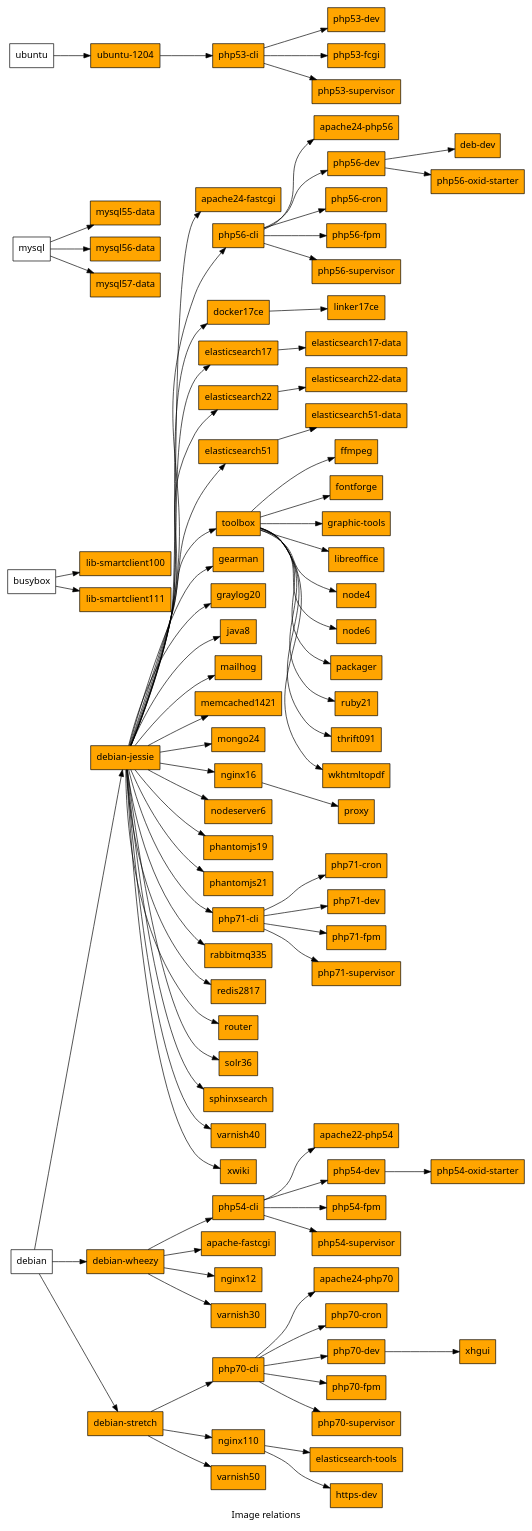
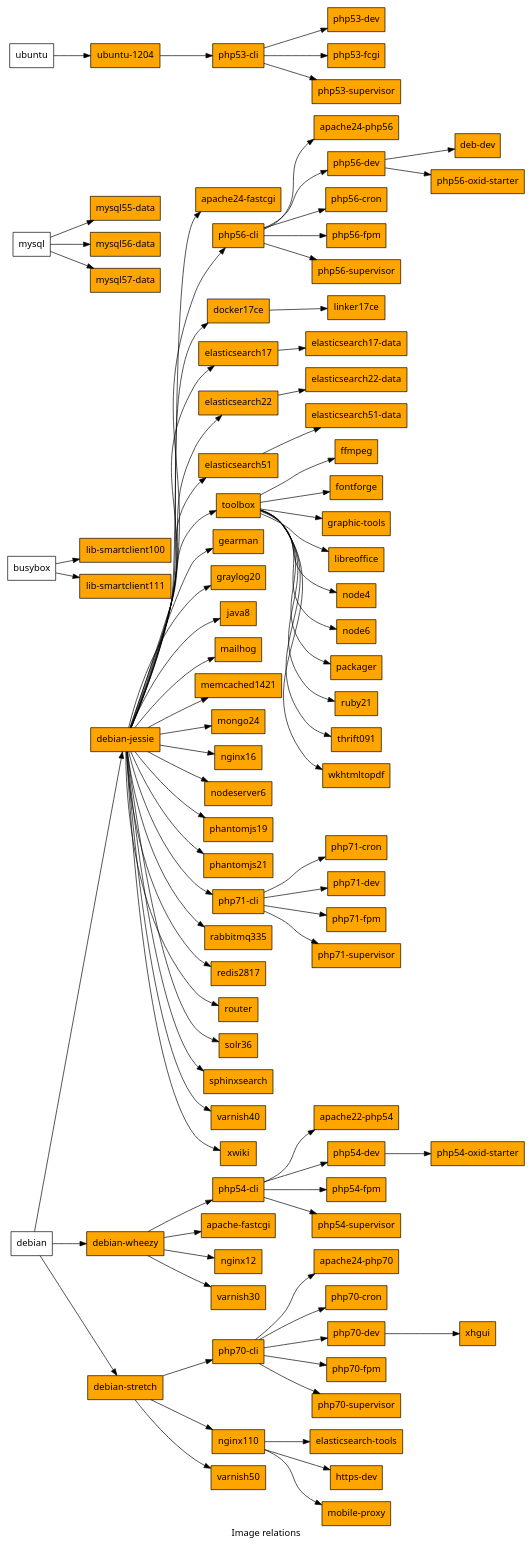
Before and after one commit to nfq-technologies/docker-images: the diagram in _docs/media/image_relations.gv, drawn with Graphviz. The commit also changed 1 other file, not shown here.

```diff
--- a/_docs/media/image_relations.gv
+++ b/_docs/media/image_relations.gv
@@ -1,176 +1,176 @@
 
 digraph G {
     label="Image relations";
     graph [fontname=sans];
     node [style=filled shape=box fontname=sans fillcolor=white];
     rankdir="LR";
 	
     "nfqlt/apache22-php54" [fillcolor=orange label="apache22-php54"];
     "nfqlt/php54-cli"->"nfqlt/apache22-php54";
     "nfqlt/apache24-fastcgi" [fillcolor=orange label="apache24-fastcgi"];
     "nfqlt/debian-jessie"->"nfqlt/apache24-fastcgi";
     "nfqlt/apache24-php56" [fillcolor=orange label="apache24-php56"];
     "nfqlt/php56-cli"->"nfqlt/apache24-php56";
     "nfqlt/apache24-php70" [fillcolor=orange label="apache24-php70"];
     "nfqlt/php70-cli"->"nfqlt/apache24-php70";
     "nfqlt/apache-fastcgi" [fillcolor=orange label="apache-fastcgi"];
     "nfqlt/debian-wheezy"->"nfqlt/apache-fastcgi";
     "nfqlt/deb-dev" [fillcolor=orange label="deb-dev"];
     "nfqlt/php56-dev"->"nfqlt/deb-dev";
     "nfqlt/debian-jessie" [fillcolor=orange label="debian-jessie"];
     "debian"->"nfqlt/debian-jessie";
     "nfqlt/debian-stretch" [fillcolor=orange label="debian-stretch"];
     "debian"->"nfqlt/debian-stretch";
     "nfqlt/debian-wheezy" [fillcolor=orange label="debian-wheezy"];
     "debian"->"nfqlt/debian-wheezy";
     "nfqlt/docker17ce" [fillcolor=orange label="docker17ce"];
     "nfqlt/debian-jessie"->"nfqlt/docker17ce";
     "nfqlt/elasticsearch17-data" [fillcolor=orange label="elasticsearch17-data"];
     "nfqlt/elasticsearch17"->"nfqlt/elasticsearch17-data";
     "nfqlt/elasticsearch17" [fillcolor=orange label="elasticsearch17"];
     "nfqlt/debian-jessie"->"nfqlt/elasticsearch17";
     "nfqlt/elasticsearch22-data" [fillcolor=orange label="elasticsearch22-data"];
     "nfqlt/elasticsearch22"->"nfqlt/elasticsearch22-data";
     "nfqlt/elasticsearch22" [fillcolor=orange label="elasticsearch22"];
     "nfqlt/debian-jessie"->"nfqlt/elasticsearch22";
     "nfqlt/elasticsearch51-data" [fillcolor=orange label="elasticsearch51-data"];
     "nfqlt/elasticsearch51"->"nfqlt/elasticsearch51-data";
     "nfqlt/elasticsearch51" [fillcolor=orange label="elasticsearch51"];
     "nfqlt/debian-jessie"->"nfqlt/elasticsearch51";
     "nfqlt/elasticsearch-tools" [fillcolor=orange label="elasticsearch-tools"];
     "nfqlt/nginx110"->"nfqlt/elasticsearch-tools";
     "nfqlt/ffmpeg" [fillcolor=orange label="ffmpeg"];
     "nfqlt/toolbox"->"nfqlt/ffmpeg";
     "nfqlt/fontforge" [fillcolor=orange label="fontforge"];
     "nfqlt/toolbox"->"nfqlt/fontforge";
     "nfqlt/gearman" [fillcolor=orange label="gearman"];
     "nfqlt/debian-jessie"->"nfqlt/gearman";
     "nfqlt/graphic-tools" [fillcolor=orange label="graphic-tools"];
     "nfqlt/toolbox"->"nfqlt/graphic-tools";
     "nfqlt/graylog20" [fillcolor=orange label="graylog20"];
     "nfqlt/debian-jessie"->"nfqlt/graylog20";
     "nfqlt/https-dev" [fillcolor=orange label="https-dev"];
     "nfqlt/nginx110"->"nfqlt/https-dev";
     "nfqlt/java8" [fillcolor=orange label="java8"];
     "nfqlt/debian-jessie"->"nfqlt/java8";
     "nfqlt/libreoffice" [fillcolor=orange label="libreoffice"];
     "nfqlt/toolbox"->"nfqlt/libreoffice";
     "nfqlt/lib-smartclient100" [fillcolor=orange label="lib-smartclient100"];
     "busybox"->"nfqlt/lib-smartclient100";
     "nfqlt/lib-smartclient111" [fillcolor=orange label="lib-smartclient111"];
     "busybox"->"nfqlt/lib-smartclient111";
     "nfqlt/linker17ce" [fillcolor=orange label="linker17ce"];
     "nfqlt/docker17ce"->"nfqlt/linker17ce";
     "nfqlt/mailhog" [fillcolor=orange label="mailhog"];
     "nfqlt/debian-jessie"->"nfqlt/mailhog";
     "nfqlt/memcached1421" [fillcolor=orange label="memcached1421"];
     "nfqlt/debian-jessie"->"nfqlt/memcached1421";
+    "nfqlt/mobile-proxy" [fillcolor=orange label="mobile-proxy"];
+    "nfqlt/nginx110"->"nfqlt/mobile-proxy";
     "nfqlt/mongo24" [fillcolor=orange label="mongo24"];
     "nfqlt/debian-jessie"->"nfqlt/mongo24";
     "nfqlt/mysql55-data" [fillcolor=orange label="mysql55-data"];
     "mysql"->"nfqlt/mysql55-data";
     "nfqlt/mysql56-data" [fillcolor=orange label="mysql56-data"];
     "mysql"->"nfqlt/mysql56-data";
     "nfqlt/mysql57-data" [fillcolor=orange label="mysql57-data"];
     "mysql"->"nfqlt/mysql57-data";
     "nfqlt/nginx110" [fillcolor=orange label="nginx110"];
     "nfqlt/debian-stretch"->"nfqlt/nginx110";
     "nfqlt/nginx12" [fillcolor=orange label="nginx12"];
     "nfqlt/debian-wheezy"->"nfqlt/nginx12";
     "nfqlt/nginx16" [fillcolor=orange label="nginx16"];
     "nfqlt/debian-jessie"->"nfqlt/nginx16";
     "nfqlt/node4" [fillcolor=orange label="node4"];
     "nfqlt/toolbox"->"nfqlt/node4";
     "nfqlt/node6" [fillcolor=orange label="node6"];
     "nfqlt/toolbox"->"nfqlt/node6";
     "nfqlt/nodeserver6" [fillcolor=orange label="nodeserver6"];
     "nfqlt/debian-jessie"->"nfqlt/nodeserver6";
     "nfqlt/packager" [fillcolor=orange label="packager"];
     "nfqlt/toolbox"->"nfqlt/packager";
     "nfqlt/phantomjs19" [fillcolor=orange label="phantomjs19"];
     "nfqlt/debian-jessie"->"nfqlt/phantomjs19";
     "nfqlt/phantomjs21" [fillcolor=orange label="phantomjs21"];
     "nfqlt/debian-jessie"->"nfqlt/phantomjs21";
     "nfqlt/php53-cli" [fillcolor=orange label="php53-cli"];
     "nfqlt/ubuntu-1204"->"nfqlt/php53-cli";
     "nfqlt/php53-dev" [fillcolor=orange label="php53-dev"];
     "nfqlt/php53-cli"->"nfqlt/php53-dev";
     "nfqlt/php53-fcgi" [fillcolor=orange label="php53-fcgi"];
     "nfqlt/php53-cli"->"nfqlt/php53-fcgi";
     "nfqlt/php53-supervisor" [fillcolor=orange label="php53-supervisor"];
     "nfqlt/php53-cli"->"nfqlt/php53-supervisor";
     "nfqlt/php54-cli" [fillcolor=orange label="php54-cli"];
     "nfqlt/debian-wheezy"->"nfqlt/php54-cli";
     "nfqlt/php54-dev" [fillcolor=orange label="php54-dev"];
     "nfqlt/php54-cli"->"nfqlt/php54-dev";
     "nfqlt/php54-fpm" [fillcolor=orange label="php54-fpm"];
     "nfqlt/php54-cli"->"nfqlt/php54-fpm";
     "nfqlt/php54-oxid-starter" [fillcolor=orange label="php54-oxid-starter"];
     "nfqlt/php54-dev"->"nfqlt/php54-oxid-starter";
     "nfqlt/php54-supervisor" [fillcolor=orange label="php54-supervisor"];
     "nfqlt/php54-cli"->"nfqlt/php54-supervisor";
     "nfqlt/php56-cli" [fillcolor=orange label="php56-cli"];
     "nfqlt/debian-jessie"->"nfqlt/php56-cli";
     "nfqlt/php56-cron" [fillcolor=orange label="php56-cron"];
     "nfqlt/php56-cli"->"nfqlt/php56-cron";
     "nfqlt/php56-dev" [fillcolor=orange label="php56-dev"];
     "nfqlt/php56-cli"->"nfqlt/php56-dev";
     "nfqlt/php56-fpm" [fillcolor=orange label="php56-fpm"];
     "nfqlt/php56-cli"->"nfqlt/php56-fpm";
     "nfqlt/php56-oxid-starter" [fillcolor=orange label="php56-oxid-starter"];
     "nfqlt/php56-dev"->"nfqlt/php56-oxid-starter";
     "nfqlt/php56-supervisor" [fillcolor=orange label="php56-supervisor"];
     "nfqlt/php56-cli"->"nfqlt/php56-supervisor";
     "nfqlt/php70-cli" [fillcolor=orange label="php70-cli"];
     "nfqlt/debian-stretch"->"nfqlt/php70-cli";
     "nfqlt/php70-cron" [fillcolor=orange label="php70-cron"];
     "nfqlt/php70-cli"->"nfqlt/php70-cron";
     "nfqlt/php70-dev" [fillcolor=orange label="php70-dev"];
     "nfqlt/php70-cli"->"nfqlt/php70-dev";
     "nfqlt/php70-fpm" [fillcolor=orange label="php70-fpm"];
     "nfqlt/php70-cli"->"nfqlt/php70-fpm";
     "nfqlt/php70-supervisor" [fillcolor=orange label="php70-supervisor"];
     "nfqlt/php70-cli"->"nfqlt/php70-supervisor";
     "nfqlt/php71-cli" [fillcolor=orange label="php71-cli"];
     "nfqlt/debian-jessie"->"nfqlt/php71-cli";
     "nfqlt/php71-cron" [fillcolor=orange label="php71-cron"];
     "nfqlt/php71-cli"->"nfqlt/php71-cron";
     "nfqlt/php71-dev" [fillcolor=orange label="php71-dev"];
     "nfqlt/php71-cli"->"nfqlt/php71-dev";
     "nfqlt/php71-fpm" [fillcolor=orange label="php71-fpm"];
     "nfqlt/php71-cli"->"nfqlt/php71-fpm";
     "nfqlt/php71-supervisor" [fillcolor=orange label="php71-supervisor"];
     "nfqlt/php71-cli"->"nfqlt/php71-supervisor";
-    "nfqlt/proxy" [fillcolor=orange label="proxy"];
-    "nfqlt/nginx16"->"nfqlt/proxy";
     "nfqlt/rabbitmq335" [fillcolor=orange label="rabbitmq335"];
     "nfqlt/debian-jessie"->"nfqlt/rabbitmq335";
     "nfqlt/redis2817" [fillcolor=orange label="redis2817"];
     "nfqlt/debian-jessie"->"nfqlt/redis2817";
     "nfqlt/router" [fillcolor=orange label="router"];
     "nfqlt/debian-jessie"->"nfqlt/router";
     "nfqlt/ruby21" [fillcolor=orange label="ruby21"];
     "nfqlt/toolbox"->"nfqlt/ruby21";
     "nfqlt/solr36" [fillcolor=orange label="solr36"];
     "nfqlt/debian-jessie"->"nfqlt/solr36";
     "nfqlt/sphinxsearch" [fillcolor=orange label="sphinxsearch"];
     "nfqlt/debian-jessie"->"nfqlt/sphinxsearch";
     "nfqlt/thrift091" [fillcolor=orange label="thrift091"];
     "nfqlt/toolbox"->"nfqlt/thrift091";
     "nfqlt/toolbox" [fillcolor=orange label="toolbox"];
     "nfqlt/debian-jessie"->"nfqlt/toolbox";
     "nfqlt/ubuntu-1204" [fillcolor=orange label="ubuntu-1204"];
     "ubuntu"->"nfqlt/ubuntu-1204";
     "nfqlt/varnish30" [fillcolor=orange label="varnish30"];
     "nfqlt/debian-wheezy"->"nfqlt/varnish30";
     "nfqlt/varnish40" [fillcolor=orange label="varnish40"];
     "nfqlt/debian-jessie"->"nfqlt/varnish40";
     "nfqlt/varnish50" [fillcolor=orange label="varnish50"];
     "nfqlt/debian-stretch"->"nfqlt/varnish50";
     "nfqlt/wkhtmltopdf" [fillcolor=orange label="wkhtmltopdf"];
     "nfqlt/toolbox"->"nfqlt/wkhtmltopdf";
     "nfqlt/xhgui" [fillcolor=orange label="xhgui"];
     "nfqlt/php70-dev"->"nfqlt/xhgui";
     "nfqlt/xwiki" [fillcolor=orange label="xwiki"];
     "nfqlt/debian-jessie"->"nfqlt/xwiki";
 }
```
